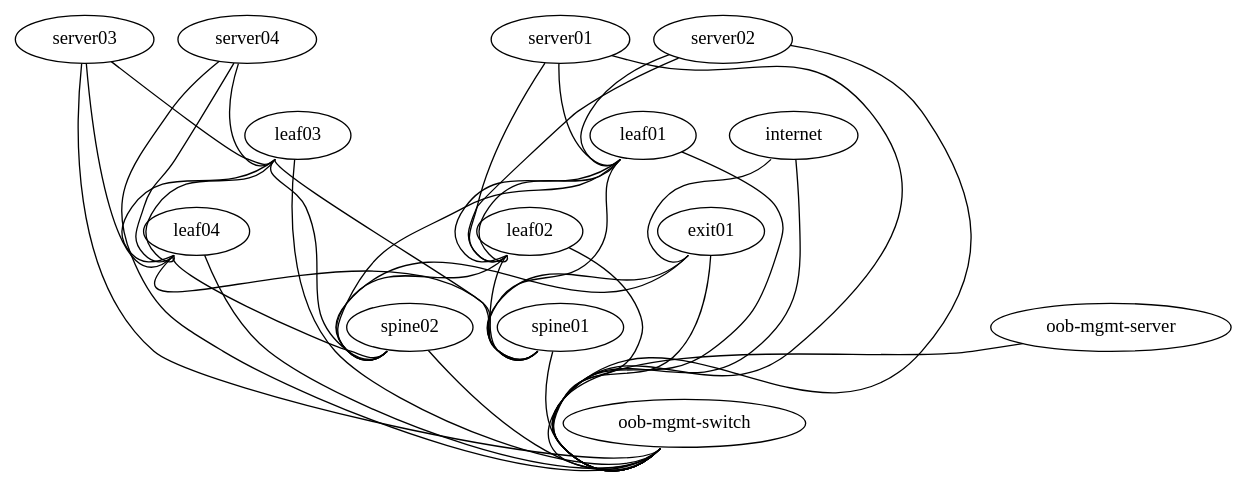
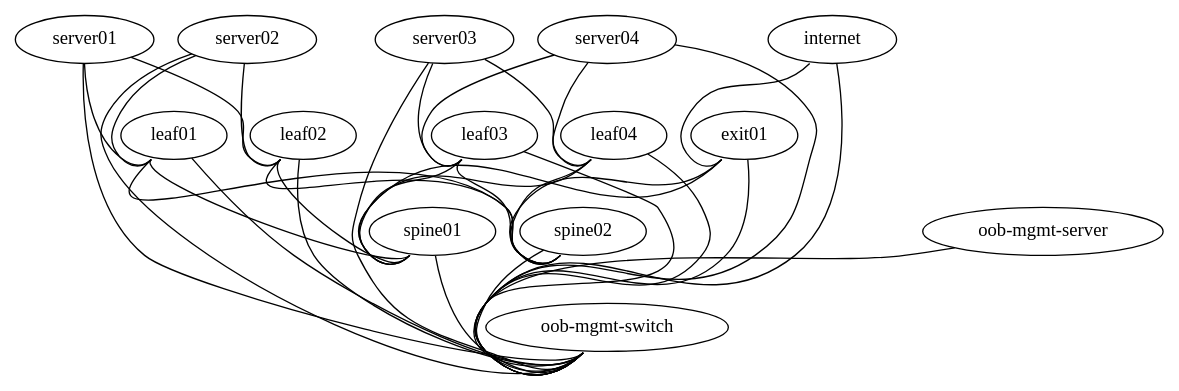
One commit to laquiante/OpenNetworking-004 changed the diagram in topology.dot. Above: the diagram before and after it, drawn with Graphviz.

```diff
--- a/topology.dot
+++ b/topology.dot
@@ -1,74 +1,69 @@
 graph vx {
 
  "spine01" [function="spine" os="CumulusCommunity/cumulus-vx" version="3.7.12" memory="768" config="./helper_scripts/config_switch.sh" ]
  "leaf01" [function="leaf" os="CumulusCommunity/cumulus-vx" version="3.7.12" memory="768" config="./helper_scripts/config_switch.sh" ]
  "leaf02" [function="leaf" os="CumulusCommunity/cumulus-vx" version="3.7.12" memory="768" config="./helper_scripts/config_switch.sh" ]
 
  "spine02" [function="spine" os="CumulusCommunity/cumulus-vx" version="3.7.12" memory="768" config="./helper_scripts/config_switch.sh" ]
  "leaf03" [function="leaf" os="CumulusCommunity/cumulus-vx" version="3.7.12" memory="768" config="./helper_scripts/config_switch.sh" ]
  "leaf04" [function="leaf" os="CumulusCommunity/cumulus-vx" version="3.7.12" memory="768" config="./helper_scripts/config_switch.sh" ]
 
  "server01" [function="host" os="yk0/ubuntu-xenial" memory="512" config="./helper_scripts/config_server.sh" ]
  "server02" [function="host" os="yk0/ubuntu-xenial" memory="512" config="./helper_scripts/config_server.sh" ]
  "server03" [function="host" os="yk0/ubuntu-xenial" memory="512" config="./helper_scripts/config_server.sh" ]
  "server04" [function="host" os="yk0/ubuntu-xenial" memory="512" config="./helper_scripts/config_server.sh" ]
 
  "exit01" [function="exit" os="CumulusCommunity/cumulus-vx" version="3.7.12" memory="768" config="./helper_scripts/config_switch.sh" ]
  "internet" [function="internet" vagrant="swp48" os="CumulusCommunity/cumulus-vx" version="3.7.11" memory="768" config="./helper_scripts/config_internet.sh" ]
 
  "oob-mgmt-switch" [function="oob-switch" vagrant="eth0" os="CumulusCommunity/cumulus-vx" version="3.7.12" memory="768" config="./helper_scripts/config_oob_switch.sh" ]
  "oob-mgmt-server" [function="oob-server" vagrant="eth0" os="CumulusCommunity/vx_oob_server" version="1.0.4" memory="1024" config="./helper_scripts/config_oob_server.sh" ]
 
  "leaf01":"swp51" -- "spine01":"swp1"
  "leaf01":"swp52" -- "spine02":"swp1"
  
  "server01":"eth1" -- "leaf01":"swp1" [left_mac="00:00:01:11:11:01"]
  "server01":"eth2" -- "leaf02":"swp1" [left_mac="00:00:01:11:11:02"]
 
  "leaf02":"swp51" -- "spine01":"swp2"
  "leaf02":"swp52" -- "spine02":"swp2"
  
  "server02":"eth1" -- "leaf01":"swp2" [left_mac="00:00:01:11:11:03"]
  "server02":"eth2" -- "leaf02":"swp2" [left_mac="00:00:01:11:11:04"]
 
  "leaf03":"swp51" -- "spine01":"swp3"
  "leaf03":"swp52" -- "spine02":"swp3"
  
  "server03":"eth1" -- "leaf03":"swp1" [left_mac="00:00:01:11:11:05"]
  "server03":"eth2" -- "leaf04":"swp1" [left_mac="00:00:01:11:11:06"]
  
  "leaf04":"swp51" -- "spine01":"swp4"
  "leaf04":"swp52" -- "spine02":"swp4"
 
  "server04":"eth1" -- "leaf03":"swp2" [left_mac="00:00:01:11:11:07"]
  "server04":"eth2" -- "leaf04":"swp2" [left_mac="00:00:01:11:11:08"]
  
- "leaf01":"swp49" -- "leaf02":"swp49"
- "leaf01":"swp50" -- "leaf02":"swp50"
- "leaf03":"swp49" -- "leaf04":"swp49"
- "leaf03":"swp50" -- "leaf04":"swp50"
- 
  "oob-mgmt-server":"eth1" -- "oob-mgmt-switch":"swp1" [right_mac="a0:00:00:00:00:61"]
 
  "server01":"eth0" -- "oob-mgmt-switch":"swp2" [left_mac="a0:00:00:00:00:31"]
  "server02":"eth0" -- "oob-mgmt-switch":"swp3" [left_mac="a0:00:00:00:00:32"]
  "server03":"eth0" -- "oob-mgmt-switch":"swp4" [left_mac="a0:00:00:00:00:33"]
  "server04":"eth0" -- "oob-mgmt-switch":"swp5" [left_mac="a0:00:00:00:00:34"]
 
  "internet":"swp1" -- "exit01":"swp11"
  
  "exit01":"swp51" -- "spine01":"swp10"
  "exit01":"swp52" -- "spine02":"swp10"
 
  "leaf01":"eth0" -- "oob-mgmt-switch":"swp7" [left_mac="a0:00:00:00:00:11"]
  "leaf02":"eth0" -- "oob-mgmt-switch":"swp8" [left_mac="a0:00:00:00:00:12"]
  "leaf03":"eth0" -- "oob-mgmt-switch":"swp9" [left_mac="a0:00:00:00:00:13"]
  "leaf04":"eth0" -- "oob-mgmt-switch":"swp10" [left_mac="a0:00:00:00:00:14"]
  
  "exit01":"eth0" -- "oob-mgmt-switch":"swp14" [left_mac="a0:00:00:00:00:41"]
  "internet":"eth0" -- "oob-mgmt-switch":"swp15" [left_mac="a0:00:00:00:00:50"]
  
  
  "spine01":"eth0" -- "oob-mgmt-switch":"swp12" [left_mac="a0:00:00:00:00:21"]
  "spine02":"eth0" -- "oob-mgmt-switch":"swp13" [left_mac="a0:00:00:00:00:22"]
 }
```
